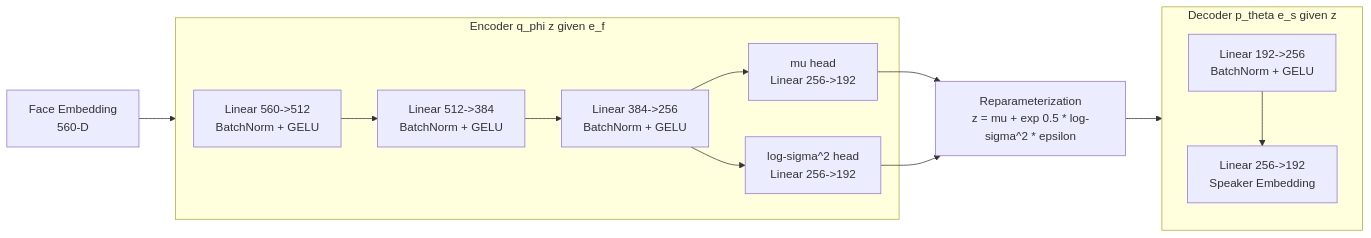
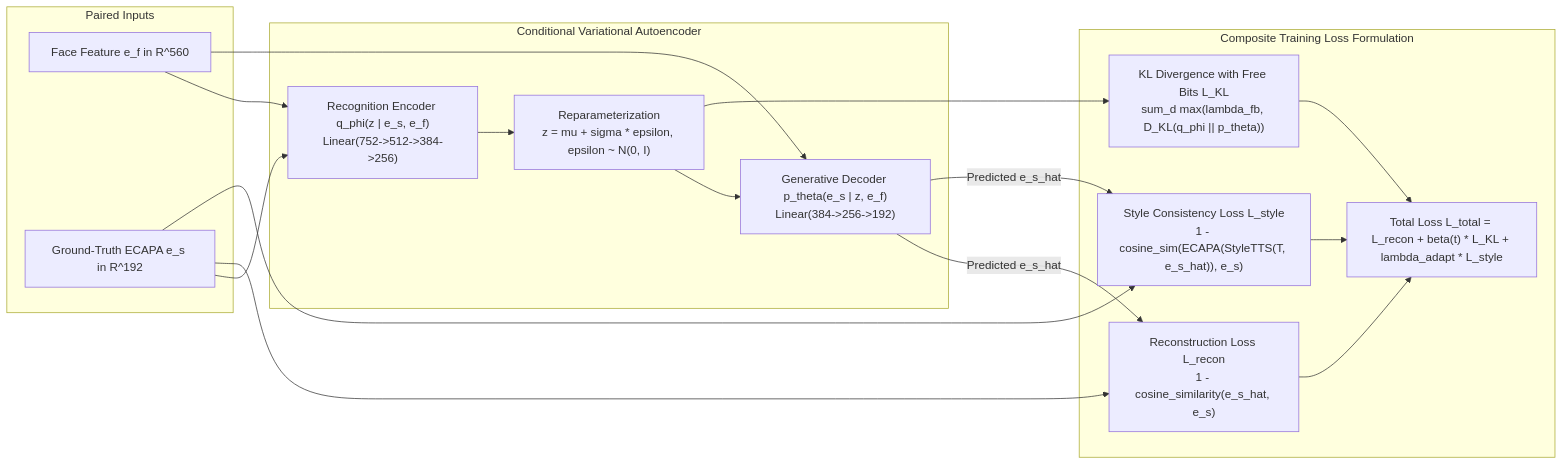
The second of 3 diagrams in README.md (AdityaWagh19/Voix-F2S-System), drawn with Mermaid before and after one commit. The commit also changed other lines of this file, not shown here.

Commit message:
Streamline README: retain 3 key architecture/pipeline diagrams, remove literature survey and publication target sections

````diff
--- a/README.md
+++ b/README.md
@@ -112,26 +142,38 @@
 ```mermaid
 flowchart LR
-    EF[Face Embedding\n560-D] --> ENC
-
-    subgraph ENC [Encoder q_phi z given e_f]
-        L1[Linear 560->512\nBatchNorm + GELU]
-        L2[Linear 512->384\nBatchNorm + GELU]
-        L3[Linear 384->256\nBatchNorm + GELU]
-        MU[mu head\nLinear 256->192]
-        LS[log-sigma^2 head\nLinear 256->192]
-        L1 --> L2 --> L3
-        L3 --> MU
-        L3 --> LS
+    subgraph TRAIN_IN["Paired Inputs"]
+        EF["Face Feature e_f in R^560"]
+        ES["Ground-Truth ECAPA e_s in R^192"]
     end
 
-    MU --> R[Reparameterization\nz = mu + exp 0.5 * log-sigma^2 * epsilon]
-    LS --> R
+    subgraph CVAE["Conditional Variational Autoencoder"]
+        ENC["Recognition Encoder q_phi(z | e_s, e_f)<br/>Linear(752->512->384->256)"]
+        REP["Reparameterization<br/>z = mu + sigma * epsilon, epsilon ~ N(0, I)"]
+        DEC["Generative Decoder p_theta(e_s | z, e_f)<br/>Linear(384->256->192)"]
+        
+        ENC --> REP
+        REP --> DEC
+    end
 
-    R --> DEC
+    EF --> ENC
+    ES --> ENC
+    EF --> DEC
 
-    subgraph DEC [Decoder p_theta e_s given z]
-        D1[Linear 192->256\nBatchNorm + GELU]
-        D2[Linear 256->192\nSpeaker Embedding]
-        D1 --> D2
+    subgraph LOSSES["Composite Training Loss Formulation"]
+        L_REC["Reconstruction Loss L_recon<br/>1 - cosine_similarity(e_s_hat, e_s)"]
+        L_KL["KL Divergence with Free Bits L_KL<br/>sum_d max(lambda_fb, D_KL(q_phi || p_theta))"]
+        L_STY["Style Consistency Loss L_style<br/>1 - cosine_sim(ECAPA(StyleTTS(T, e_s_hat)), e_s)"]
+        
+        TOTAL["Total Loss L_total = L_recon + beta(t) * L_KL + lambda_adapt * L_style"]
     end
+
+    DEC -->|Predicted e_s_hat| L_REC
+    ES --> L_REC
+    REP --> L_KL
+    DEC -->|Predicted e_s_hat| L_STY
+    ES --> L_STY
+
+    L_REC --> TOTAL
+    L_KL --> TOTAL
+    L_STY --> TOTAL
 ```
````
